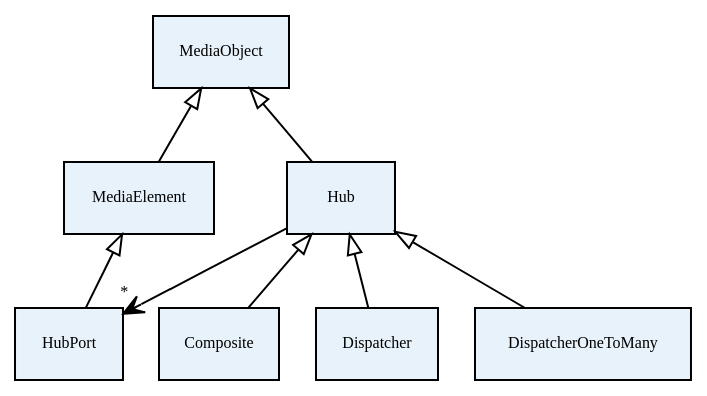
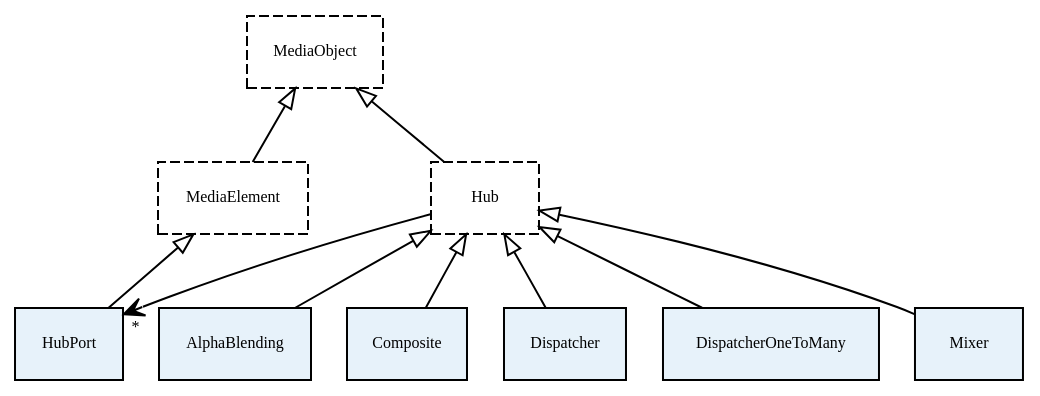
The diagram in source/images/graphs/hubs.dot (Kurento/doc-kurento-readthedocs), drawn with Graphviz before and after one commit. The commit also changed 15 other files, not shown here.

```diff
--- a/source/images/graphs/hubs.dot
+++ b/source/images/graphs/hubs.dot
@@ -1,32 +1,36 @@
 digraph hubs {
   bgcolor = "transparent";
   fontname = "Bitstream Vera Sans";
   fontsize = 8;
   size = "12,8";
-
-  node [
-    fillcolor = "#E7F2FA";
-    fontname = "Bitstream Vera Sans";
-    fontsize = 8;
-    shape = "record";
-    style = "filled";
-  ]
 
   edge [
     arrowtail = "empty";
     dir = "back";
     fontname = "Bitstream Vera Sans";
     fontsize = 8;
   ]
 
+  node [
+    fillcolor = "#E7F2FA";
+    fontname = "Bitstream Vera Sans";
+    fontsize = 8;
+    shape = "record";
+    style = "dashed";
+  ]
+
   "MediaObject" -> "Hub";
   "MediaObject" -> "MediaElement";
 
-  "Hub" -> "HubPort" [headlabel = "*", constraint = false, dir = normal, arrowhead = "vee", labelangle = 60];
+  node [ style = "filled" ]
 
   "MediaElement" -> "HubPort";
 
+  "Hub" -> "HubPort" [headlabel = "*", constraint = false, dir = normal, arrowhead = "vee", labelangle = -70.0, labeldistance = 0.9];
+
+  "Hub" -> "AlphaBlending";
   "Hub" -> "Composite";
   "Hub" -> "Dispatcher";
   "Hub" -> "DispatcherOneToMany";
+  "Hub" -> "Mixer";
 }
```
